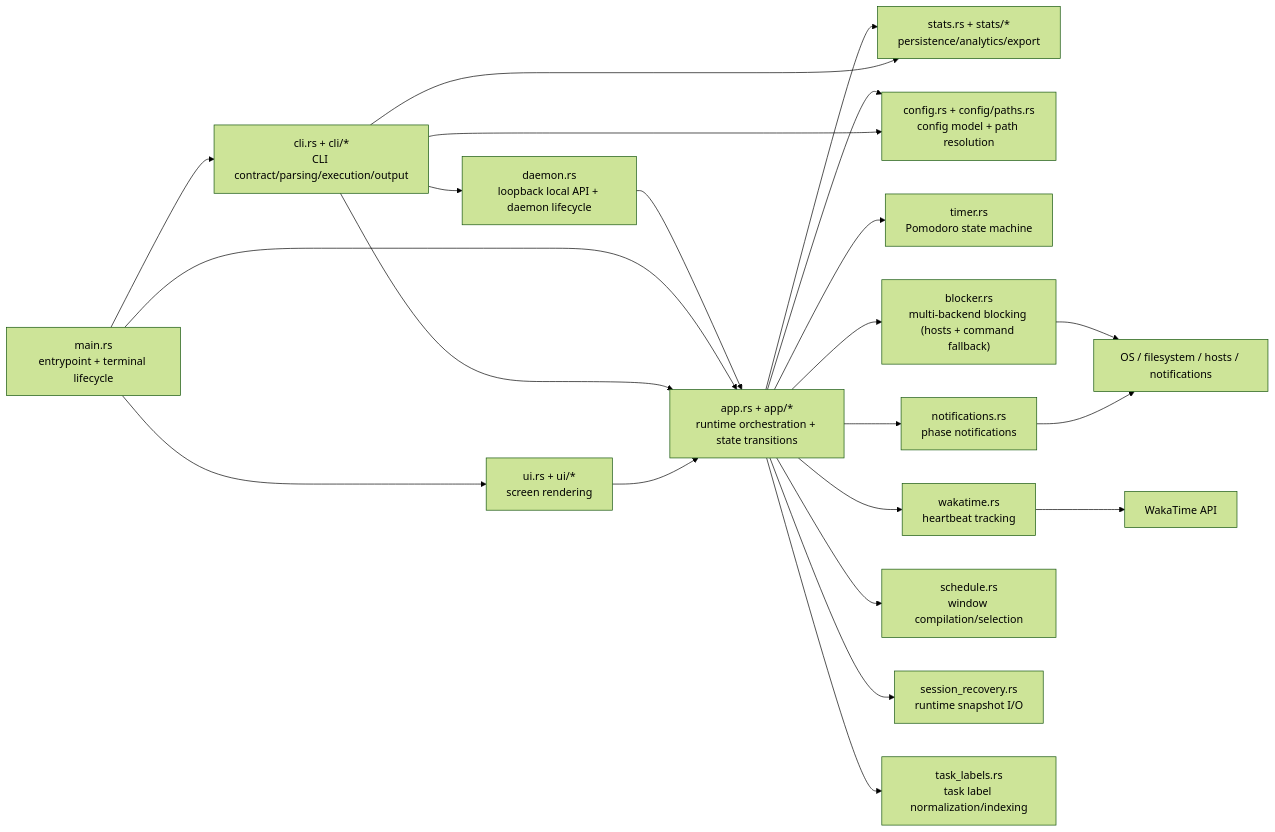
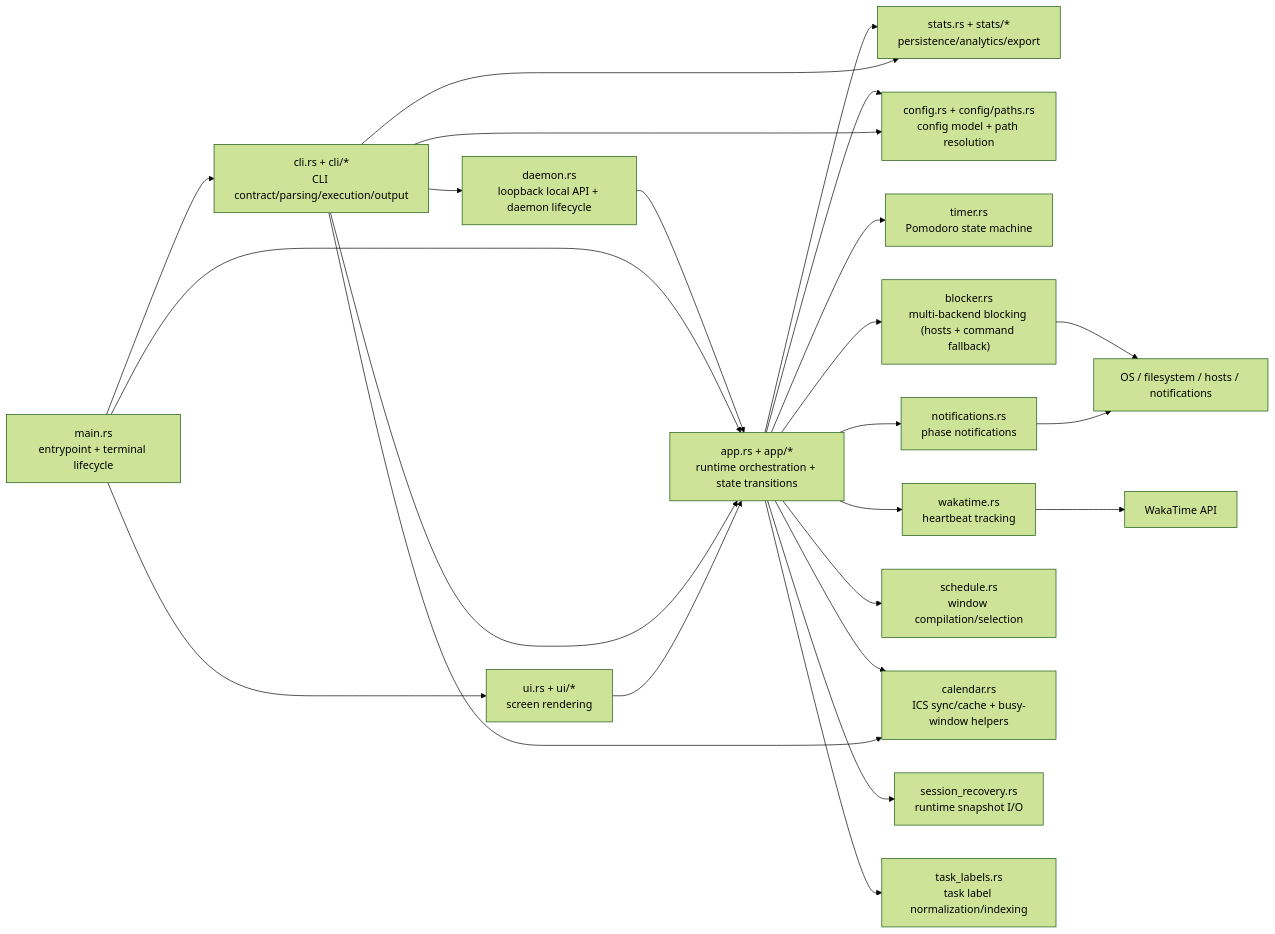
One commit to utilForever/focustime changed the first of 2 diagrams in ARCHITECTURE.md. Above: the diagram before and after it, drawn with Mermaid (forest theme). The commit also changed other lines of this file and 1 other file, not shown here.

Commit message:
docs: document calendar sync architecture and usage

````diff
--- a/ARCHITECTURE.md
+++ b/ARCHITECTURE.md
@@ -10,41 +10,44 @@
 ```mermaid
 flowchart LR
     M["main.rs<br/>entrypoint + terminal lifecycle"]
     CLI["cli.rs + cli/*<br/>CLI contract/parsing/execution/output"]
     DAE["daemon.rs<br/>loopback local API + daemon lifecycle"]
     APP["app.rs + app/*<br/>runtime orchestration + state transitions"]
     UI["ui.rs + ui/*<br/>screen rendering"]
     ST["stats.rs + stats/*<br/>persistence/analytics/export"]
     CFG["config.rs + config/paths.rs<br/>config model + path resolution"]
     TM["timer.rs<br/>Pomodoro state machine"]
     BL["blocker.rs<br/>multi-backend blocking (hosts + command fallback)"]
     WK["wakatime.rs<br/>heartbeat tracking"]
     NT["notifications.rs<br/>phase notifications"]
     SCH["schedule.rs<br/>window compilation/selection"]
+    CAL["calendar.rs<br/>ICS sync/cache + busy-window helpers"]
     REC["session_recovery.rs<br/>runtime snapshot I/O"]
     TL["task_labels.rs<br/>task label normalization/indexing"]
     OS["OS / filesystem / hosts / notifications"]
     API["WakaTime API"]
 
     M --> CLI
     CLI --> DAE
     DAE --> APP
     M --> APP
     M --> UI
     APP --> CFG
     APP --> TM
     APP --> BL
     APP --> WK
     APP --> NT
     APP --> SCH
+    APP --> CAL
     APP --> ST
     APP --> TL
     APP --> REC
     CLI --> APP
     CLI --> CFG
+    CLI --> CAL
     CLI --> ST
     UI --> APP
     BL --> OS
     NT --> OS
     WK --> API
 ```
````
